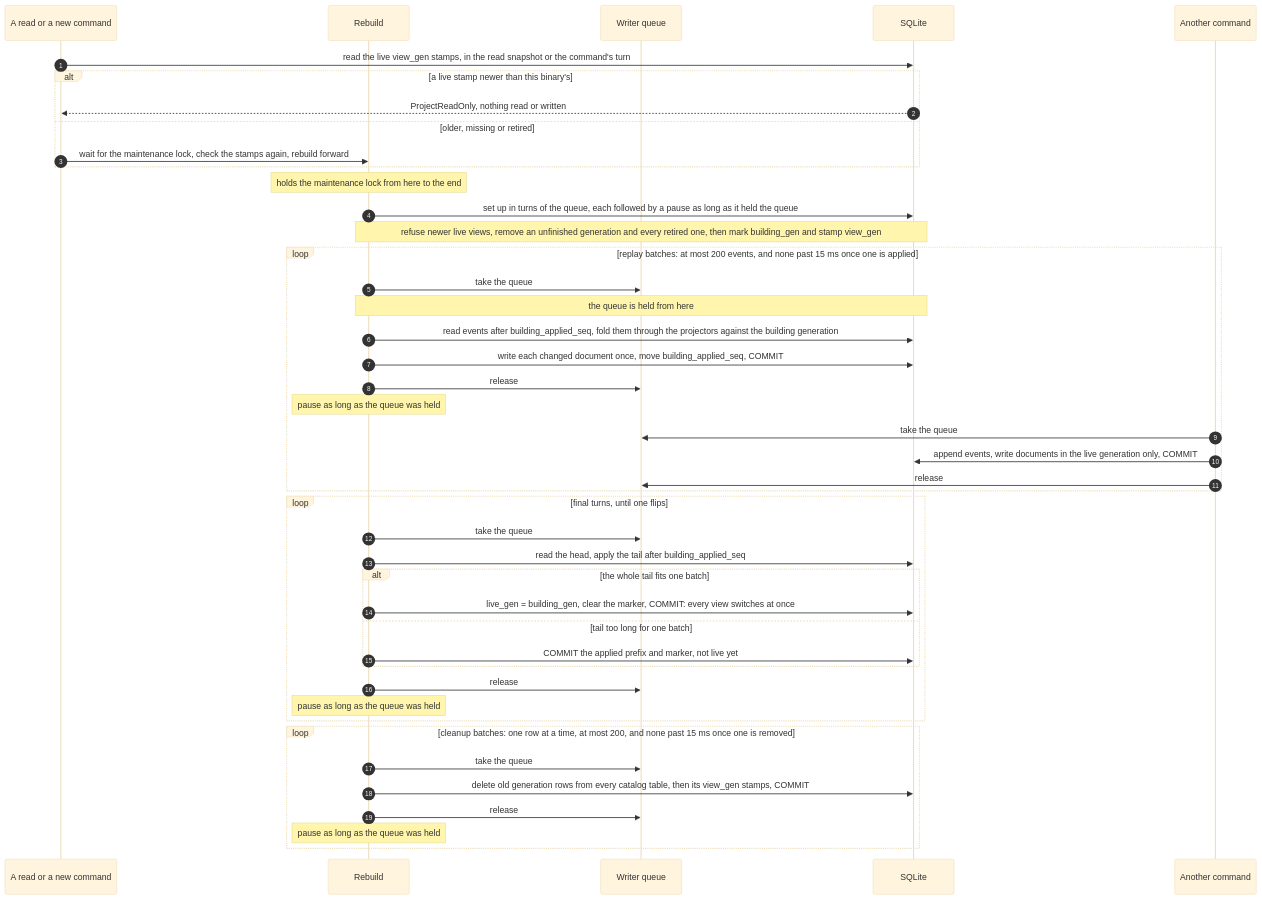
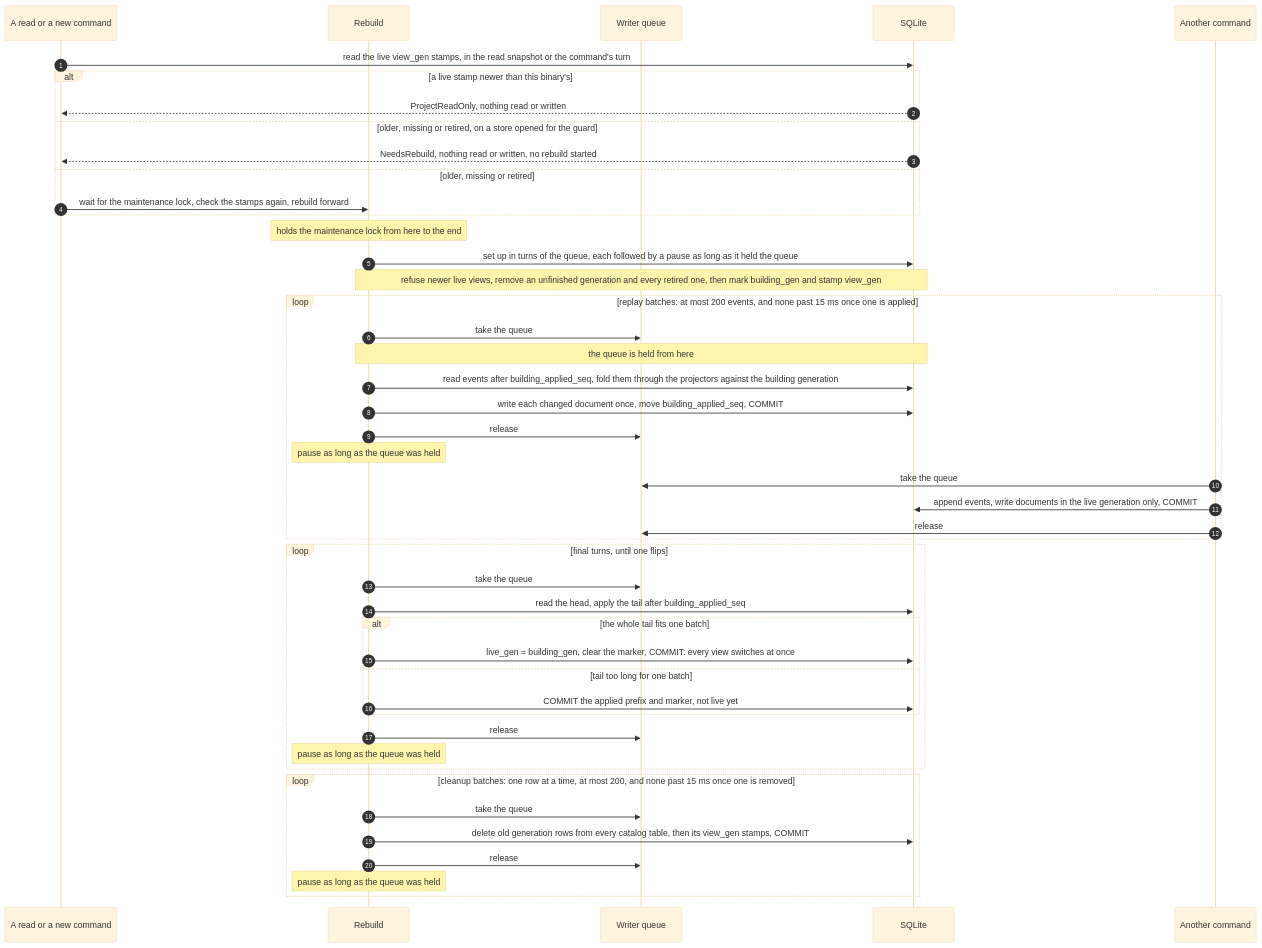
Before and after one commit to crenshawdev/baley: the eighth of 14 diagrams in docs/design/0001-evidence-ledger.md, drawn with Mermaid (base theme). The commit also changed other lines of this file, not shown here.

First line of the commit message:
docs(design): show the ledger design how a guard store waits and when it gives up

````diff
--- a/docs/design/0001-evidence-ledger.md
+++ b/docs/design/0001-evidence-ledger.md
@@ -681,46 +681,48 @@
 ```mermaid
 sequenceDiagram
   autonumber
   participant U as A read or a new command
   participant R as Rebuild
   participant W as Writer queue
   participant Q as SQLite
   participant C as Another command
   U->>Q: read the live view_gen stamps, in the read snapshot or the command's turn
   alt a live stamp newer than this binary's
     Q-->>U: ProjectReadOnly, nothing read or written
+  else older, missing or retired, on a store opened for the guard
+    Q-->>U: NeedsRebuild, nothing read or written, no rebuild started
   else older, missing or retired
     U->>R: wait for the maintenance lock, check the stamps again, rebuild forward
   end
   Note over R: holds the maintenance lock from here to the end
   R->>Q: set up in turns of the queue, each followed by a pause as long as it held the queue
   Note over R,Q: refuse newer live views, remove an unfinished generation and every retired one, then mark building_gen and stamp view_gen
   loop replay batches: at most 200 events, and none past 15 ms once one is applied
     R->>W: take the queue
     Note over R,Q: the queue is held from here
     R->>Q: read events after building_applied_seq, fold them through the projectors against the building generation
     R->>Q: write each changed document once, move building_applied_seq, COMMIT
     R->>W: release
     Note over R: pause as long as the queue was held
     C->>W: take the queue
     C->>Q: append events, write documents in the live generation only, COMMIT
     C->>W: release
   end
   loop final turns, until one flips
     R->>W: take the queue
     R->>Q: read the head, apply the tail after building_applied_seq
     alt the whole tail fits one batch
       R->>Q: live_gen = building_gen, clear the marker, COMMIT: every view switches at once
     else tail too long for one batch
       R->>Q: COMMIT the applied prefix and marker, not live yet
     end
     R->>W: release
     Note over R: pause as long as the queue was held
   end
   loop cleanup batches: one row at a time, at most 200, and none past 15 ms once one is removed
     R->>W: take the queue
     R->>Q: delete old generation rows from every catalog table, then its view_gen stamps, COMMIT
     R->>W: release
     Note over R: pause as long as the queue was held
   end
 ```
````
